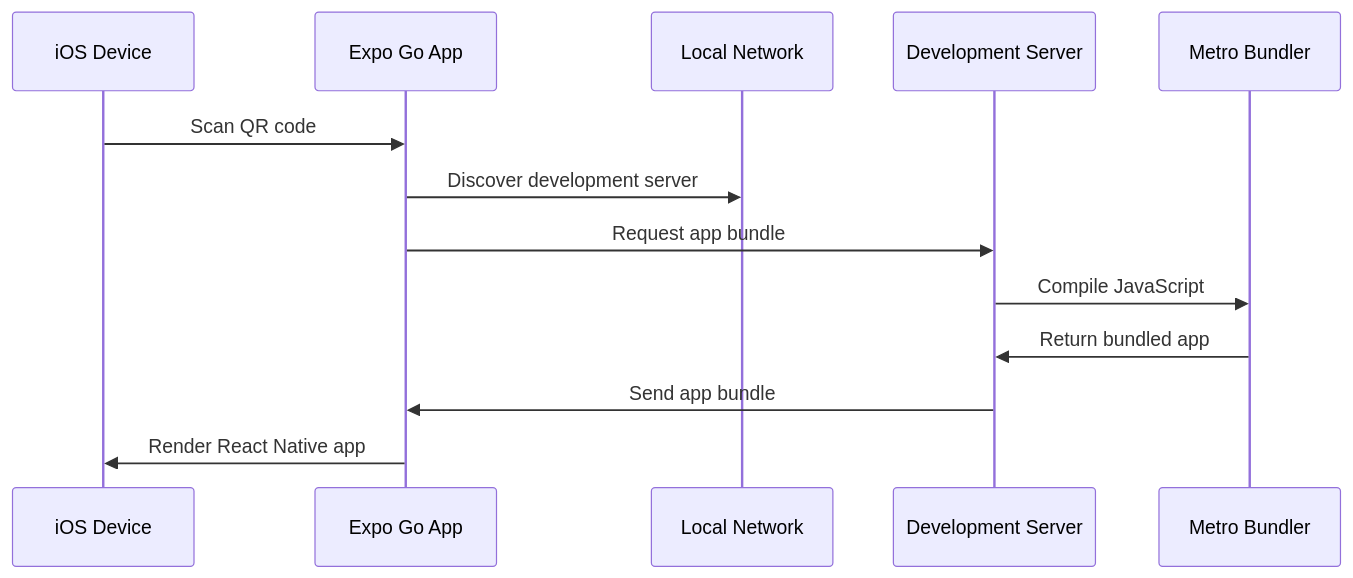
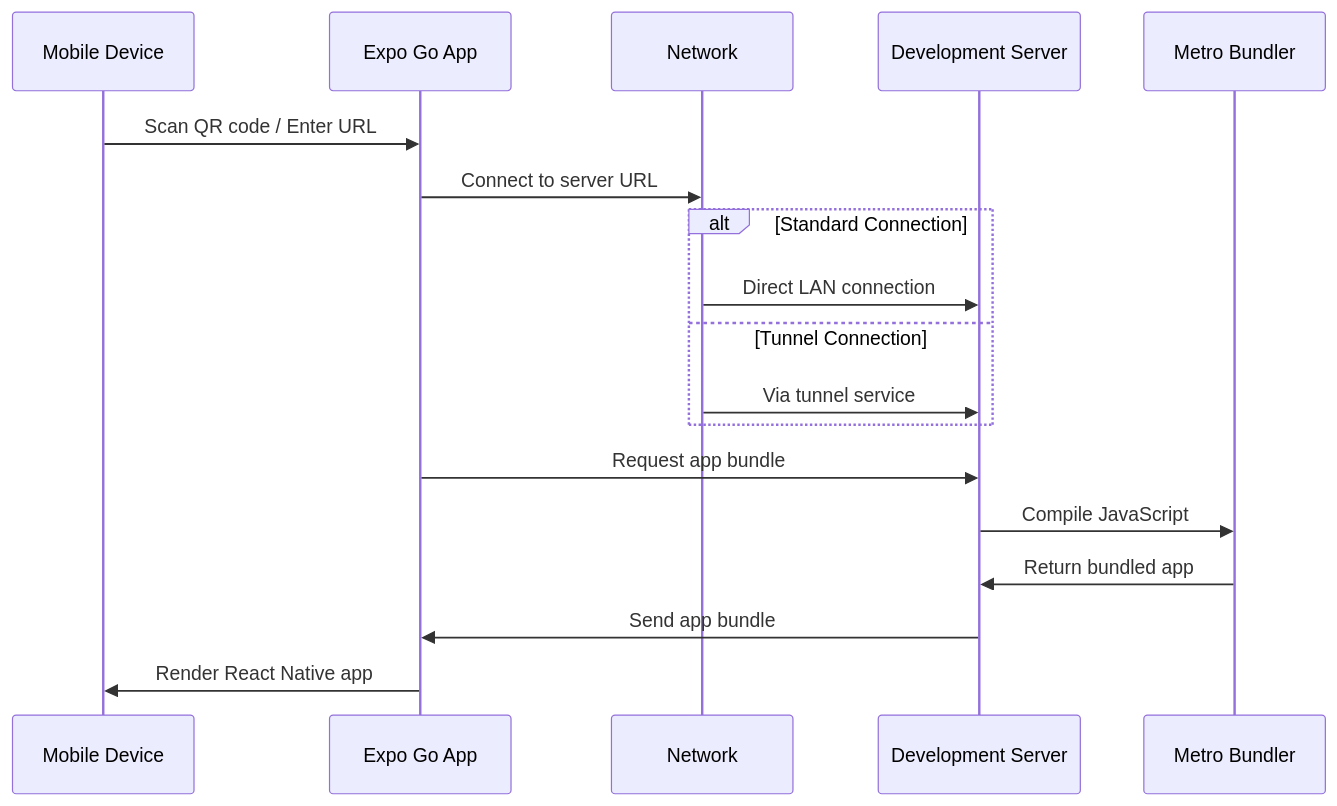
The second of 2 diagrams in modules/module-03-react-native-environment-with-expo/section-06-running-on-expo-go.md (nickPattLB303/react-native-examples), drawn with Mermaid before and after one commit. The commit also changed other lines of this file and 5 other files, not shown here.

First line of the commit message:
Enhance Module 3: Update Content for Cross-Platform React Native Development with Expo

````diff
--- a/modules/module-03-react-native-environment-with-expo/section-06-running-on-expo-go.md
+++ b/modules/module-03-react-native-environment-with-expo/section-06-running-on-expo-go.md
@@ -87,16 +169,21 @@
 ```mermaid
 sequenceDiagram
-    participant Device as iOS Device
+    participant Device as Mobile Device
     participant ExpoGo as Expo Go App
-    participant Network as Local Network
+    participant Network as Network
     participant DevServer as Development Server
     participant Metro as Metro Bundler
 
-    Device->>ExpoGo: Scan QR code
-    ExpoGo->>Network: Discover development server
+    Device->>ExpoGo: Scan QR code / Enter URL
+    ExpoGo->>Network: Connect to server URL
+    alt Standard Connection
+        Network->>DevServer: Direct LAN connection
+    else Tunnel Connection
+        Network->>DevServer: Via tunnel service
+    end
     ExpoGo->>DevServer: Request app bundle
     DevServer->>Metro: Compile JavaScript
     Metro->>DevServer: Return bundled app
     DevServer->>ExpoGo: Send app bundle
     ExpoGo->>Device: Render React Native app
 ```
````
